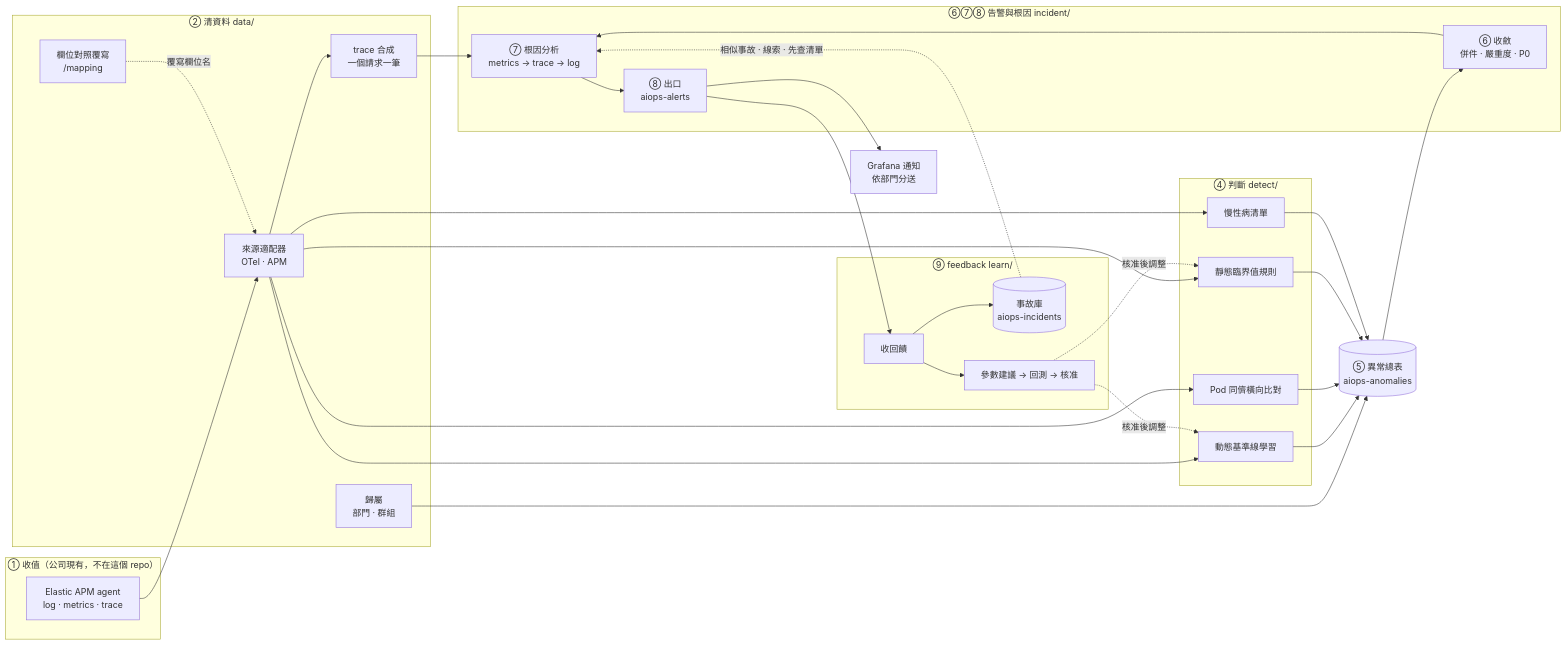
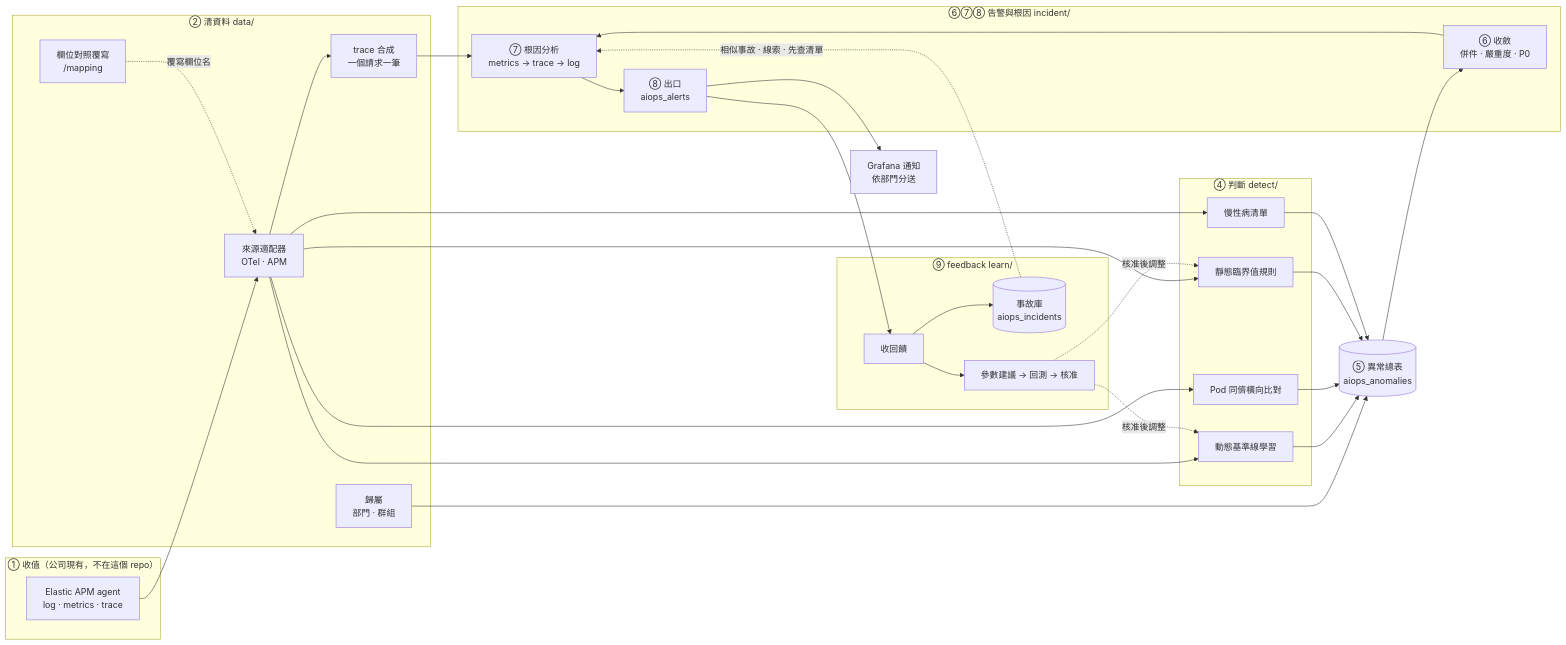
Before and after one commit to i-shuan/aiops-data-foundation: the first of 2 diagrams in docs/module-map.md, drawn with Mermaid. The commit also changed other lines of this file and 36 other files, not shown here.

````diff
--- a/docs/module-map.md
+++ b/docs/module-map.md
@@ -9,48 +9,48 @@
 ```mermaid
 flowchart LR
     subgraph IN["① 收值（公司現有，不在這個 repo）"]
         APM["Elastic APM agent<br/>log · metrics · trace"]
     end
     subgraph CLEAN["② 清資料 data/"]
         SRC["來源適配器<br/>OTel · APM"]
         MERGE["trace 合成<br/>一個請求一筆"]
         OWN["歸屬<br/>部門 · 群組"]
         MAP["欄位對照覆寫<br/>/mapping"]
     end
     subgraph DET["④ 判斷 detect/"]
         BL["動態基準線學習"]
         PEER["Pod 同儕橫向比對"]
         RULE["靜態臨界值規則"]
         CHRON["慢性病清單"]
     end
-    ANOM[("⑤ 異常總表<br/>aiops-anomalies")]
+    ANOM[("⑤ 異常總表<br/>aiops_anomalies")]
     subgraph INC["⑥⑦⑧ 告警與根因 incident/"]
         GRP["⑥ 收斂<br/>併件 · 嚴重度 · P0"]
         RCA["⑦ 根因分析<br/>metrics → trace → log"]
-        OUT["⑧ 出口<br/>aiops-alerts"]
+        OUT["⑧ 出口<br/>aiops_alerts"]
     end
     GRAF["Grafana 通知<br/>依部門分送"]
     subgraph LEARN["⑨ feedback learn/"]
         FB["收回饋"]
-        KB[("事故庫<br/>aiops-incidents")]
+        KB[("事故庫<br/>aiops_incidents")]
         SUG["參數建議 → 回測 → 核准"]
     end
     APM --> SRC --> MERGE
     SRC --> BL
     SRC --> PEER
     SRC --> RULE
     SRC --> CHRON
     MERGE --> RCA
     OWN --> ANOM
     MAP -.覆寫欄位名.-> SRC
     BL --> ANOM
     PEER --> ANOM
     RULE --> ANOM
     CHRON --> ANOM
     ANOM --> GRP --> RCA --> OUT --> GRAF
     OUT --> FB --> KB
     KB -.相似事故 · 線索 · 先查清單.-> RCA
     FB --> SUG
     SUG -.核准後調整.-> BL
     SUG -.核准後調整.-> RULE
 ```
````
